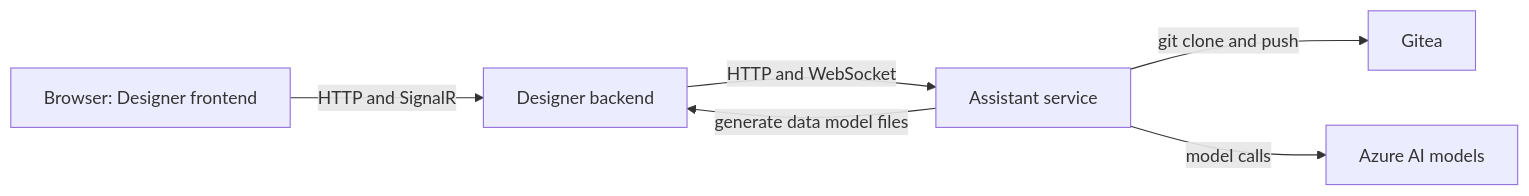
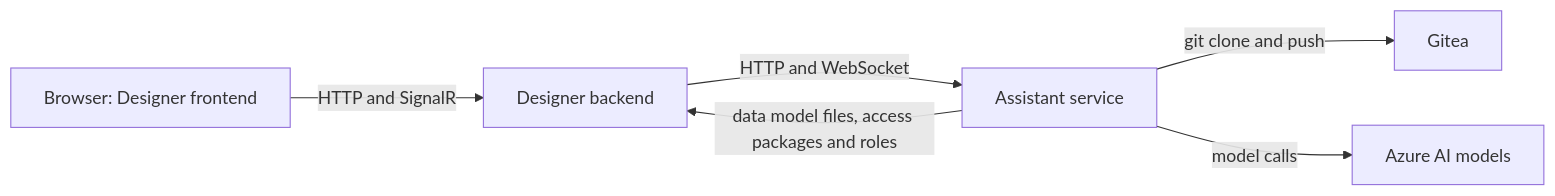
One commit to Altinn/altinn-studio changed the first of 9 diagrams in src/AI/assistant/docs/2-system-context.md. Above: the diagram before and after it, drawn with Mermaid. The commit also changed other lines of this file and 12 other files, not shown here.

First line of the commit message:
feat(assistant): read access packages and roles from Designer

````diff
--- a/src/AI/assistant/docs/2-system-context.md
+++ b/src/AI/assistant/docs/2-system-context.md
@@ -16,8 +16,8 @@
 ```mermaid
 flowchart LR
   B["Browser: Designer frontend"] -->|HTTP and SignalR| D["Designer backend"]
   D -->|HTTP and WebSocket| A["Assistant service"]
   A -->|git clone and push| G["Gitea"]
-  A -->|generate data model files| D
+  A -->|data model files, access packages and roles| D
   A -->|model calls| L["Azure AI models"]
 ```
````
